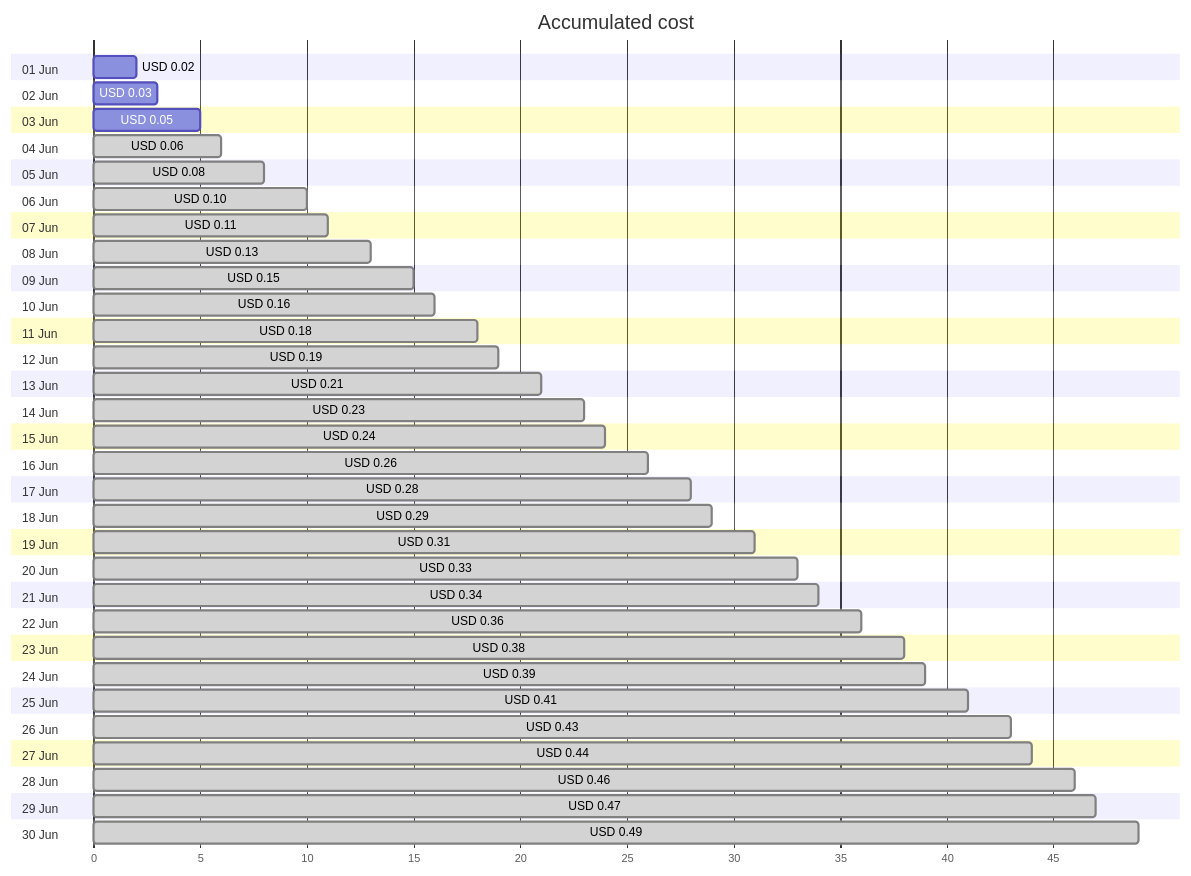
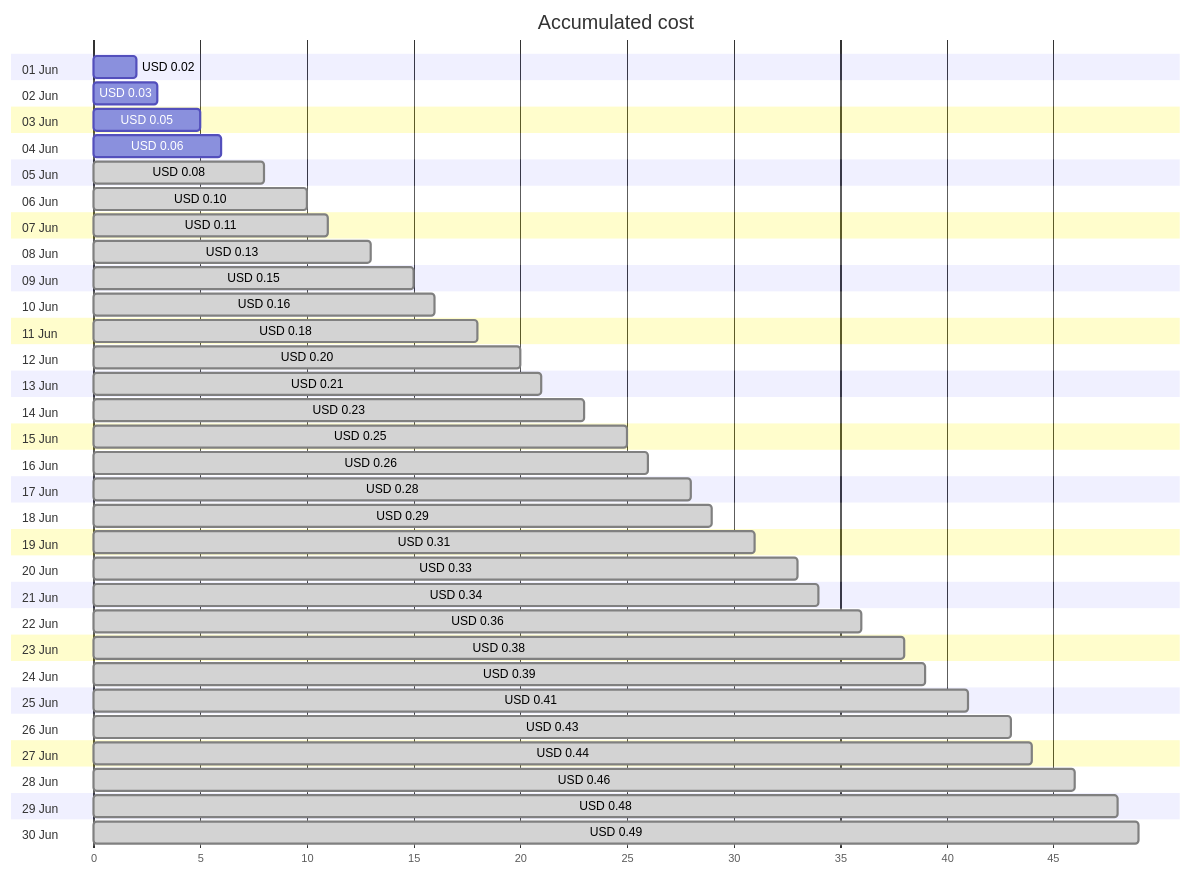
One commit to jpfulton/azure-personal-reports changed the first of 4 diagrams in cost-reports/personal-dns/jpatrickfulton.dev.md. Above: the diagram before and after it, drawn with Mermaid. The commit also changed other lines of this file and 2 other files, not shown here.

````diff
--- a/cost-reports/personal-dns/jpatrickfulton.dev.md
+++ b/cost-reports/personal-dns/jpatrickfulton.dev.md
@@ -20,66 +20,66 @@
 ```mermaid
 gantt
    title Accumulated cost
    dateFormat  X
    axisFormat %s
    section 01 Jun
    USD 0.02 :0, 2
    section 02 Jun
    USD 0.03 :0, 3
    section 03 Jun
    USD 0.05 :0, 5
    section 04 Jun
-   USD 0.06 : done, 0, 6
+   USD 0.06 :0, 6
    section 05 Jun
    USD 0.08 : done, 0, 8
    section 06 Jun
    USD 0.10 : done, 0, 10
    section 07 Jun
    USD 0.11 : done, 0, 11
    section 08 Jun
    USD 0.13 : done, 0, 13
    section 09 Jun
    USD 0.15 : done, 0, 15
    section 10 Jun
    USD 0.16 : done, 0, 16
    section 11 Jun
    USD 0.18 : done, 0, 18
    section 12 Jun
-   USD 0.19 : done, 0, 19
+   USD 0.20 : done, 0, 20
    section 13 Jun
    USD 0.21 : done, 0, 21
    section 14 Jun
    USD 0.23 : done, 0, 23
    section 15 Jun
-   USD 0.24 : done, 0, 24
+   USD 0.25 : done, 0, 25
    section 16 Jun
    USD 0.26 : done, 0, 26
    section 17 Jun
    USD 0.28 : done, 0, 28
    section 18 Jun
    USD 0.29 : done, 0, 29
    section 19 Jun
    USD 0.31 : done, 0, 31
    section 20 Jun
    USD 0.33 : done, 0, 33
    section 21 Jun
    USD 0.34 : done, 0, 34
    section 22 Jun
    USD 0.36 : done, 0, 36
    section 23 Jun
    USD 0.38 : done, 0, 38
    section 24 Jun
    USD 0.39 : done, 0, 39
    section 25 Jun
    USD 0.41 : done, 0, 41
    section 26 Jun
    USD 0.43 : done, 0, 43
    section 27 Jun
    USD 0.44 : done, 0, 44
    section 28 Jun
    USD 0.46 : done, 0, 46
    section 29 Jun
-   USD 0.47 : done, 0, 47
+   USD 0.48 : done, 0, 48
    section 30 Jun
    USD 0.49 : done, 0, 49
 ```
````
